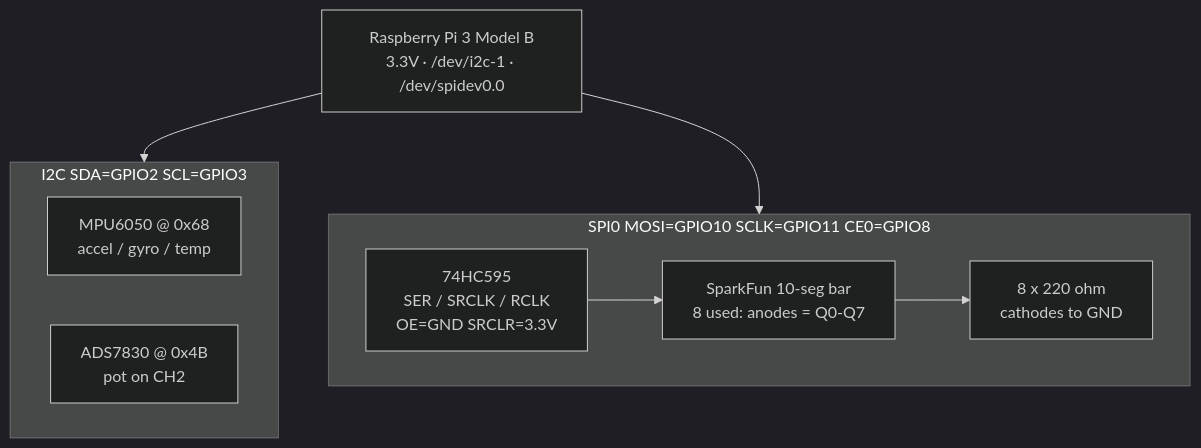
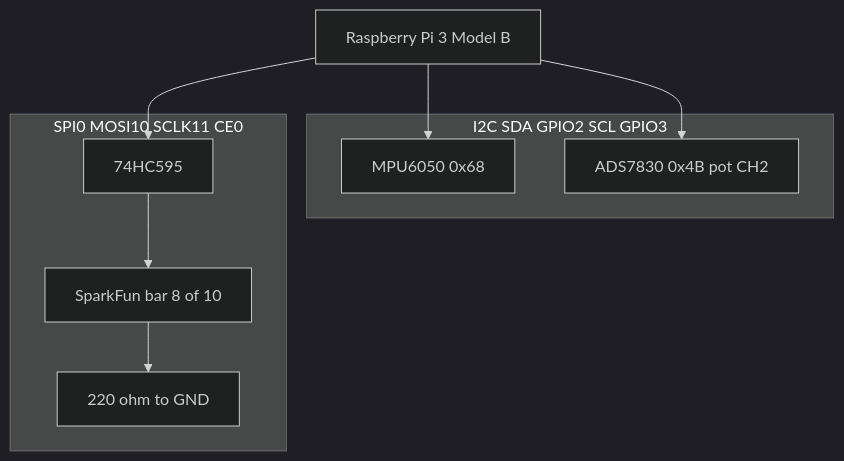
Before and after one commit to eolatuyi/Bus-Applications: the diagram in README.md, drawn with Mermaid (dark theme). The commit also changed other lines of this file, not shown here.

Commit message:
Simplify README Mermaid so GitHub can render it.
Drop unicode middots, HTML breaks, and edges into subgraph IDs — those
trip GitHub's Mermaid client with a render undefined error.

````diff
--- a/README.md
+++ b/README.md
@@ -28,19 +28,20 @@
 ```mermaid
 flowchart TB
-  Pi["Raspberry Pi 3 Model B<br/>3.3V · /dev/i2c-1 · /dev/spidev0.0"]
+  Pi["Raspberry Pi 3 Model B"]
 
-  subgraph I2C["I2C  SDA=GPIO2  SCL=GPIO3"]
-    MPU["MPU6050 @ 0x68<br/>accel / gyro / temp"]
-    ADC["ADS7830 @ 0x4B<br/>pot on CH2"]
+  subgraph i2cBus ["I2C SDA GPIO2 SCL GPIO3"]
+    MPU["MPU6050 0x68"]
+    ADC["ADS7830 0x4B pot CH2"]
   end
 
-  subgraph SPI["SPI0  MOSI=GPIO10  SCLK=GPIO11  CE0=GPIO8"]
-    SR["74HC595<br/>SER / SRCLK / RCLK<br/>OE=GND  SRCLR=3.3V"]
-    BAR["SparkFun 10-seg bar<br/>8 used: anodes = Q0-Q7"]
-    R["8 x 220 ohm<br/>cathodes to GND"]
+  subgraph spiBus ["SPI0 MOSI10 SCLK11 CE0"]
+    SR["74HC595"]
+    BAR["SparkFun bar 8 of 10"]
+    R["220 ohm to GND"]
     SR --> BAR --> R
   end
 
-  Pi --> I2C
-  Pi --> SPI
+  Pi --> MPU
+  Pi --> ADC
+  Pi --> SR
 ```
````
